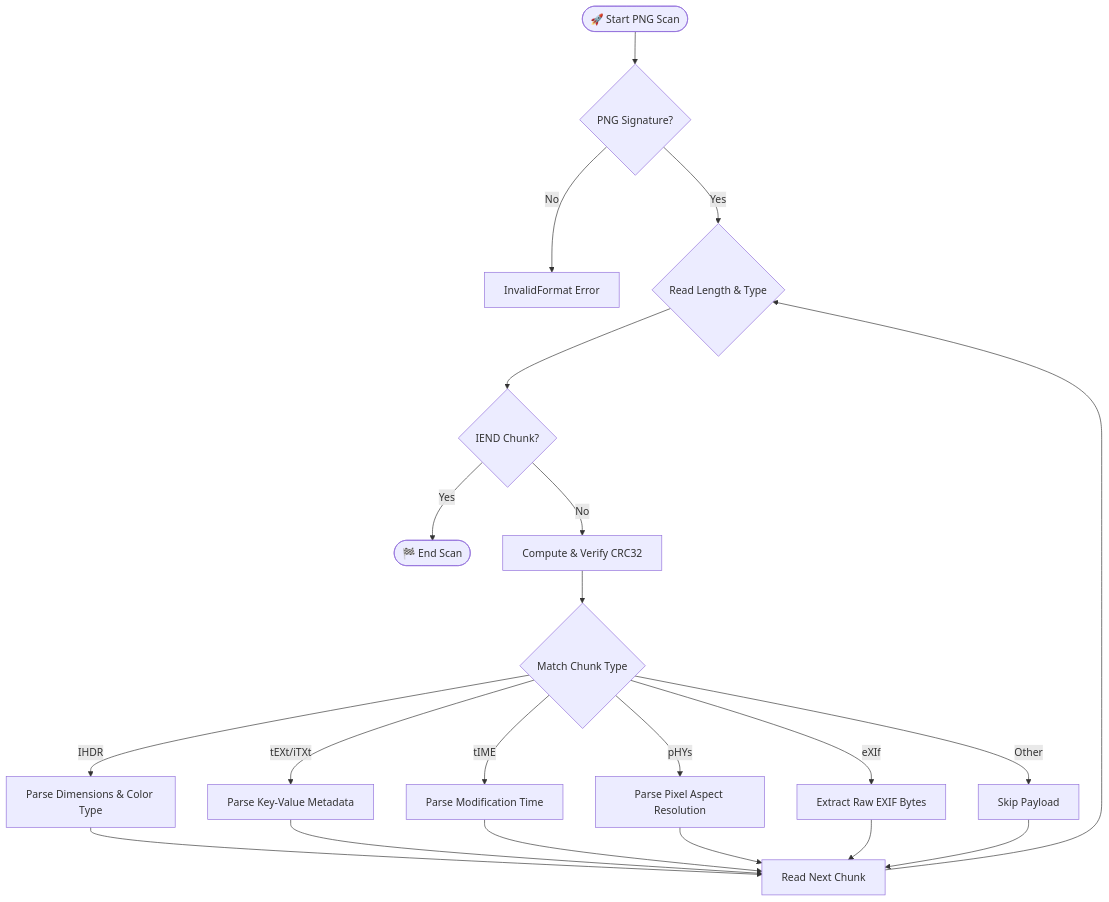
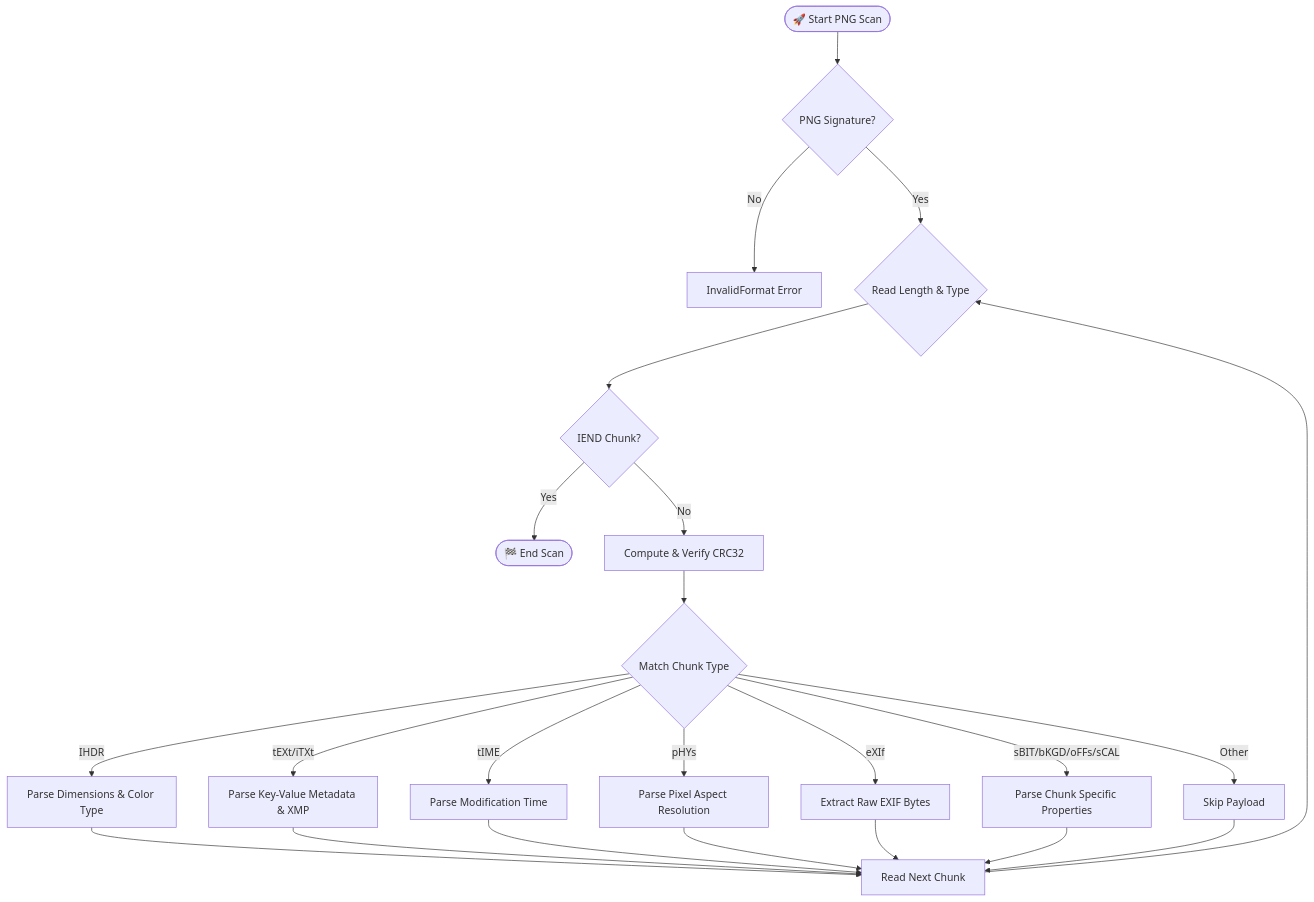
One commit to xuoxod/jpeg_meta_rs changed the third of 3 diagrams in docs/ARCHITECTURE.md. Above: the diagram before and after it, drawn with Mermaid. The commit also changed other lines of this file and 2 other files, not shown here.

Commit message:
docs: document multi-file dictionary mappings and key filtering features in architecture and CLI manuals

````diff
--- a/docs/ARCHITECTURE.md
+++ b/docs/ARCHITECTURE.md
@@ -73,27 +94,29 @@
 ```mermaid
 flowchart TD
     Start([🚀 Start PNG Scan]) --> CheckSig{PNG Signature?}
     CheckSig -- No --> Err[InvalidFormat Error]
     CheckSig -- Yes --> ReadChunk{Read Length & Type}
     
     ReadChunk --> IsIEND{IEND Chunk?}
     IsIEND -- Yes --> End([🏁 End Scan])
     
     IsIEND -- No --> VerifyCRC[Compute & Verify CRC32]
     VerifyCRC --> Route{Match Chunk Type}
     
     Route -- IHDR --> ParseIHDR[Parse Dimensions & Color Type]
-    Route -- tEXt/iTXt --> ParseText[Parse Key-Value Metadata]
+    Route -- tEXt/iTXt --> ParseText[Parse Key-Value Metadata & XMP]
     Route -- tIME --> ParseTime[Parse Modification Time]
     Route -- pHYs --> ParsePhys[Parse Pixel Aspect Resolution]
     Route -- eXIf --> ExtractExif[Extract Raw EXIF Bytes]
+    Route -- sBIT/bKGD/oFFs/sCAL --> ParseAncillary[Parse Chunk Specific Properties]
     Route -- Other --> Skip[Skip Payload]
     
     ParseIHDR --> Next[Read Next Chunk]
     ParseText --> Next
     ParseTime --> Next
     ParsePhys --> Next
     ExtractExif --> Next
+    ParseAncillary --> Next
     Skip --> Next
     Next --> ReadChunk
 ```
````
